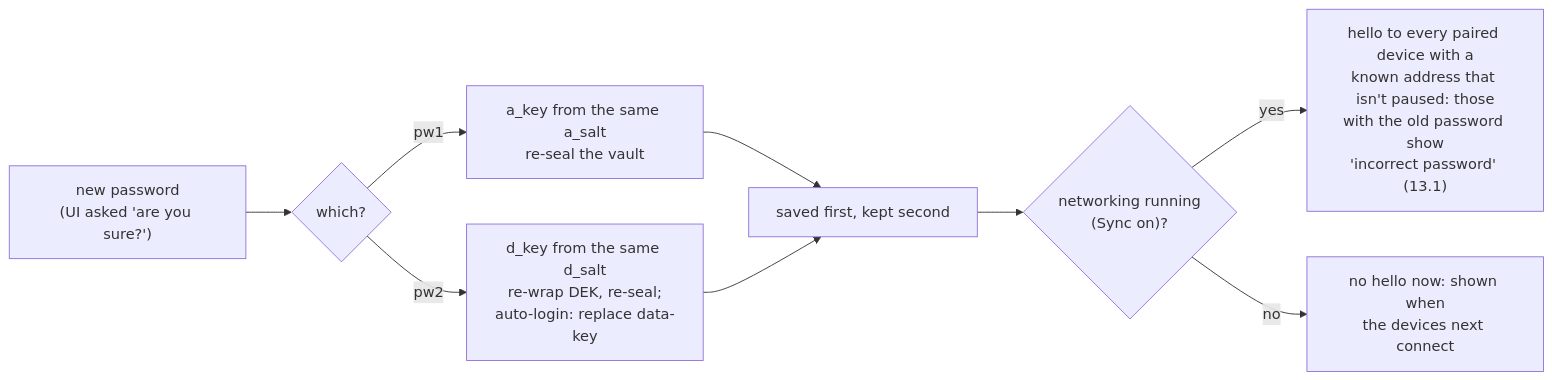
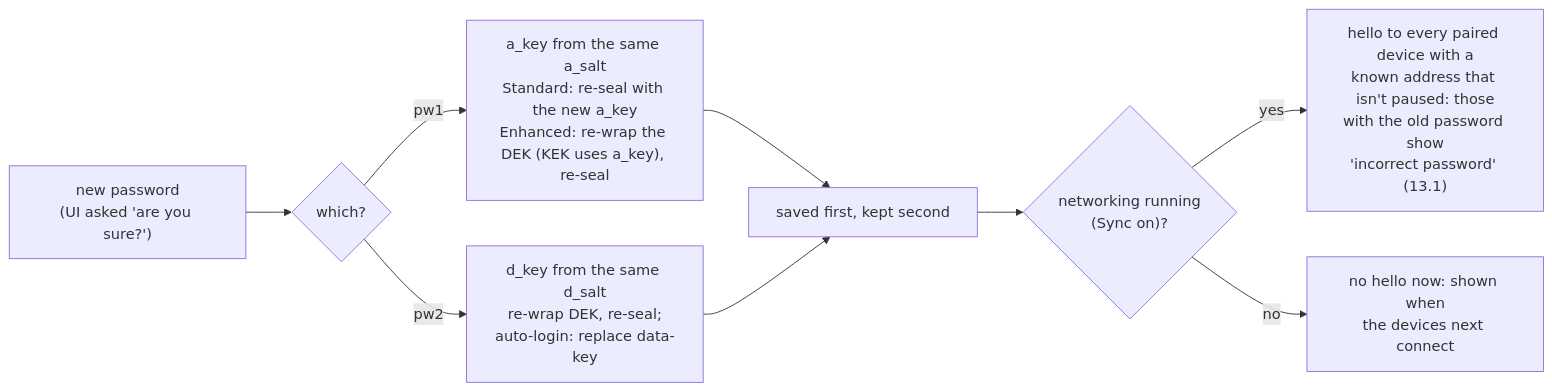
The fourth of 5 diagrams in docs/diagrams/keys-and-storage.md (czarekkdev/cesaconn), drawn with Mermaid before and after one commit. The commit also changed other lines of this file and 6 other files, not shown here.

First line of the commit message:
docs(daemon, diagrams, readme): own vault salts and Enhanced security

````diff
--- a/docs/diagrams/keys-and-storage.md
+++ b/docs/diagrams/keys-and-storage.md
@@ -65,11 +72,11 @@
 ```mermaid
 flowchart LR
     new["new password<br/>(UI asked 'are you sure?')"] --> kind{"which?"}
-    kind -- pw1 --> a["a_key from the same a_salt<br/>re-seal the vault"]
+    kind -- pw1 --> a["a_key from the same a_salt<br/>Standard: re-seal with the new a_key<br/>Enhanced: re-wrap the DEK (KEK uses a_key), re-seal"]
     kind -- pw2 --> d["d_key from the same d_salt<br/>re-wrap DEK, re-seal;<br/>auto-login: replace data-key"]
     a --> saved["saved first, kept second"]
     d --> saved
     saved --> net{"networking running<br/>(Sync on)?"}
     net -- yes --> hello["hello to every paired device with a<br/>known address that isn't paused: those<br/>with the old password show<br/>'incorrect password' (13.1)"]
     net -- no --> later["no hello now: shown when<br/>the devices next connect"]
 ```
````
